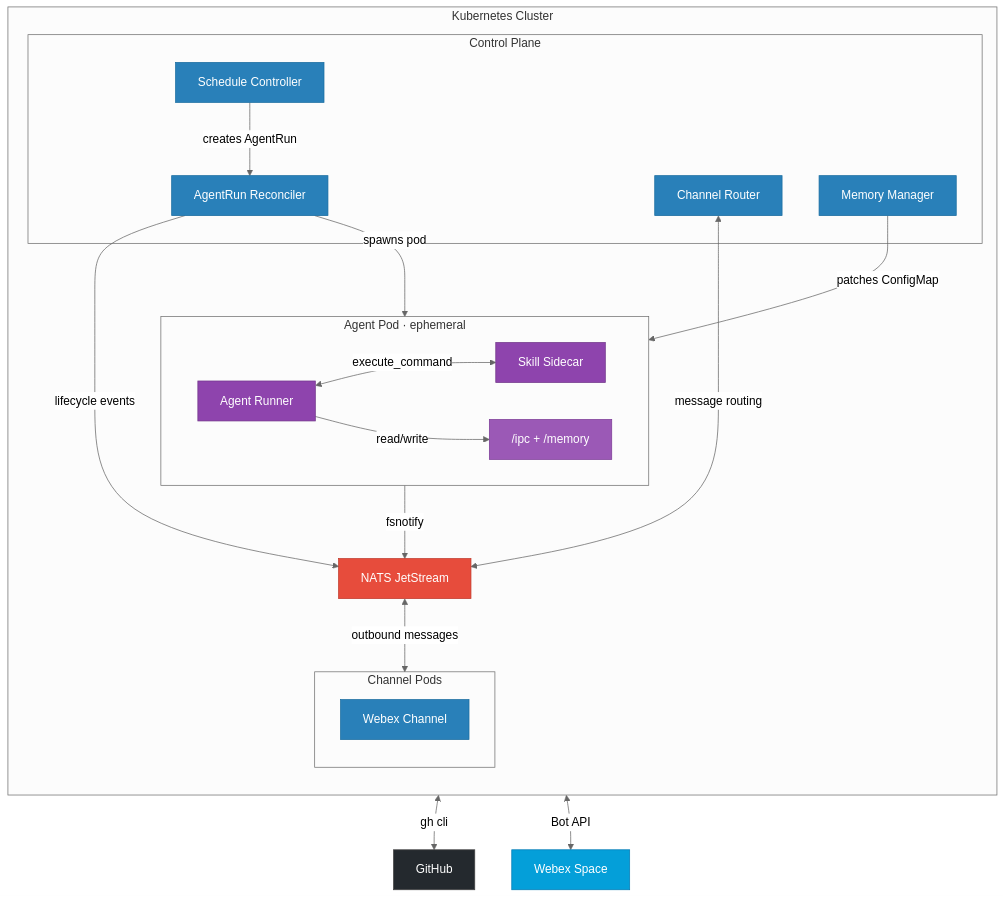
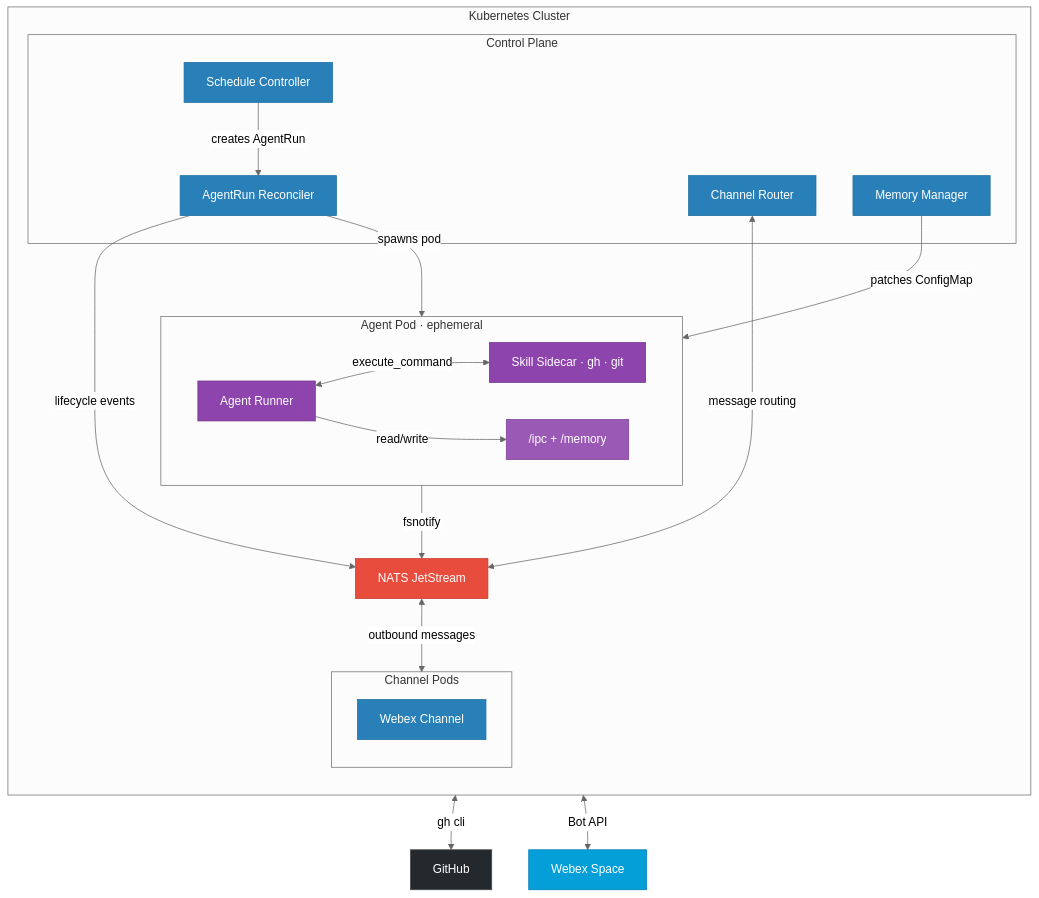
The first of 6 diagrams in ARCHITECTURE.md (artdroz/deep-agents-demo), drawn with Mermaid before and after one commit. The commit also changed other lines of this file, not shown here.

Commit message:
docs: remove deepagents-cli references from architecture

````diff
--- a/ARCHITECTURE.md
+++ b/ARCHITECTURE.md
@@ -9,56 +9,56 @@
 ```mermaid
 %%{init: {'theme': 'neutral'}}%%
 graph TB
     subgraph K8s [Kubernetes Cluster]
         direction TB
 
         subgraph Control [Control Plane]
             Sched[Schedule Controller]
             Recon[AgentRun Reconciler]
             ChanR[Channel Router]
             MemMgr[Memory Manager]
             Sched -->|creates AgentRun| Recon
         end
 
         NATS[NATS JetStream]
         Recon -->|lifecycle events| NATS
         ChanR <-->|message routing| NATS
 
         subgraph Agent [Agent Pod · ephemeral]
             direction LR
             Runner[Agent Runner]
-            Sidecar[Skill Sidecar]
+            Sidecar[Skill Sidecar · gh · git]
             IPC["/ipc + /memory"]
             Runner <-->|execute_command| Sidecar
             Runner -->|read/write| IPC
         end
 
         Recon -->|spawns pod| Agent
         IPC -->|fsnotify| NATS
 
         subgraph Chan [Channel Pods]
             Webex[Webex Channel]
         end
 
         NATS <-->|outbound messages| Chan
         MemMgr -->|patches ConfigMap| IPC
     end
 
     GH[GitHub]
     WX[Webex Space]
 
     Sidecar <-->|gh cli| GH
     Webex <-->|Bot API| WX
 
     style NATS fill:#e74c3c,stroke:#c0392b,color:#fff
     style GH fill:#24292e,stroke:#444,color:#fff
     style WX fill:#049fd9,stroke:#037bb5,color:#fff
     style Sched fill:#2980b9,stroke:#1a6da0,color:#fff
     style Recon fill:#2980b9,stroke:#1a6da0,color:#fff
     style ChanR fill:#2980b9,stroke:#1a6da0,color:#fff
     style MemMgr fill:#2980b9,stroke:#1a6da0,color:#fff
     style Runner fill:#8e44ad,stroke:#71368a,color:#fff
     style Sidecar fill:#8e44ad,stroke:#71368a,color:#fff
     style IPC fill:#9b59b6,stroke:#7d3c98,color:#fff
     style Webex fill:#2980b9,stroke:#1a6da0,color:#fff
 ```
````
